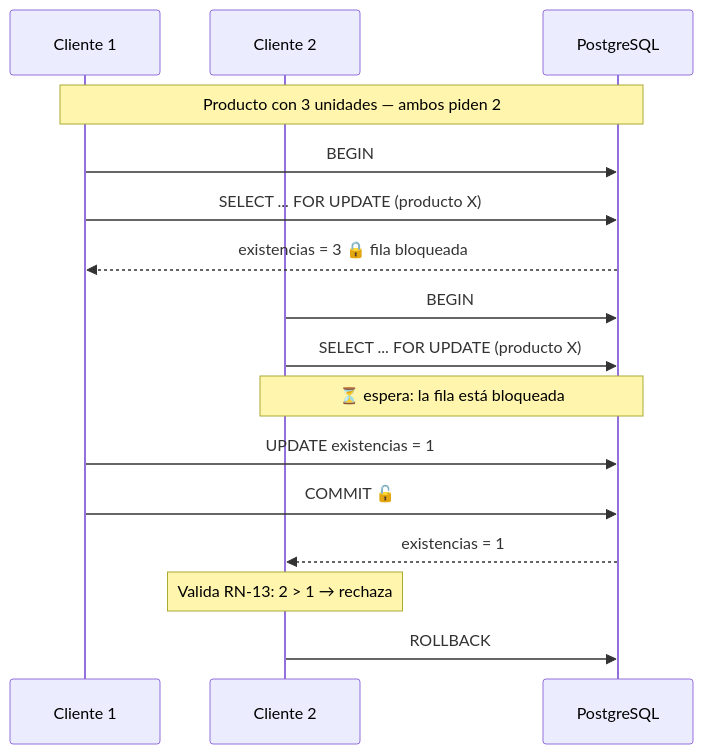
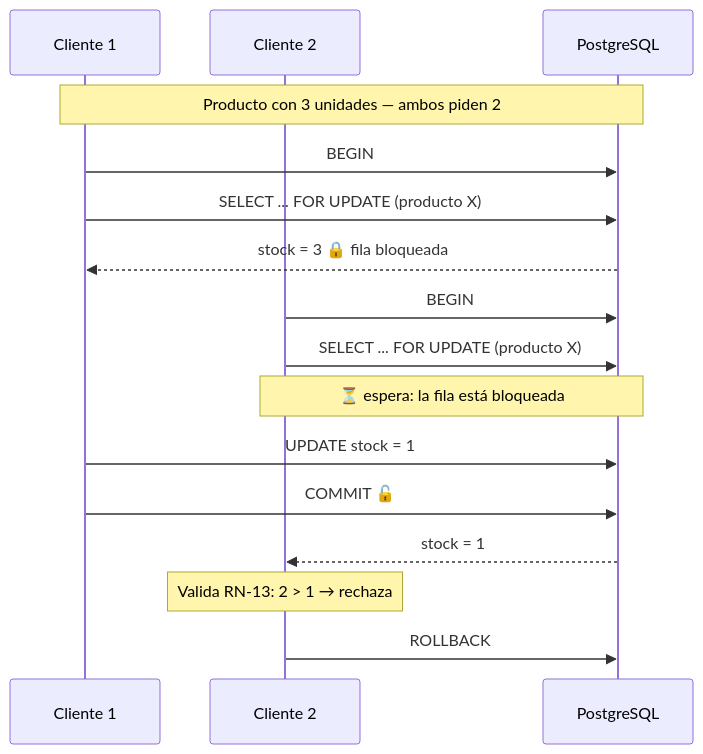
One commit to juanselospi/21CoPilots_PIBasesIngesoft changed the seventh of 8 diagrams in documentos/diseño/arquitectura.md. Above: the diagram before and after it, drawn with Mermaid. The commit also changed other lines of this file and 5 other files, not shown here.

````diff
--- a/documentos/diseño/arquitectura.md
+++ b/documentos/diseño/arquitectura.md
@@ -699,22 +732,22 @@
 ```mermaid
 sequenceDiagram
     participant C1 as Cliente 1
     participant C2 as Cliente 2
     participant BD as PostgreSQL
 
     Note over C1,BD: Producto con 3 unidades — ambos piden 2
 
     C1->>BD: BEGIN
     C1->>BD: SELECT ... FOR UPDATE (producto X)
-    BD-->>C1: existencias = 3 🔒 fila bloqueada
+    BD-->>C1: stock = 3 🔒 fila bloqueada
 
     C2->>BD: BEGIN
     C2->>BD: SELECT ... FOR UPDATE (producto X)
     Note over C2,BD: ⏳ espera: la fila está bloqueada
 
-    C1->>BD: UPDATE existencias = 1
+    C1->>BD: UPDATE stock = 1
     C1->>BD: COMMIT 🔓
-    BD-->>C2: existencias = 1
+    BD-->>C2: stock = 1
     Note over C2: Valida RN-13: 2 > 1 → rechaza
     C2->>BD: ROLLBACK
 ```
````
